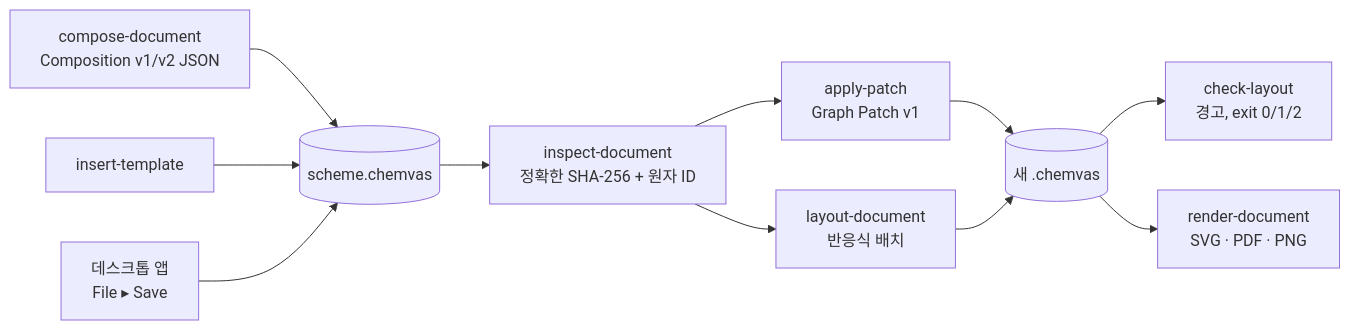
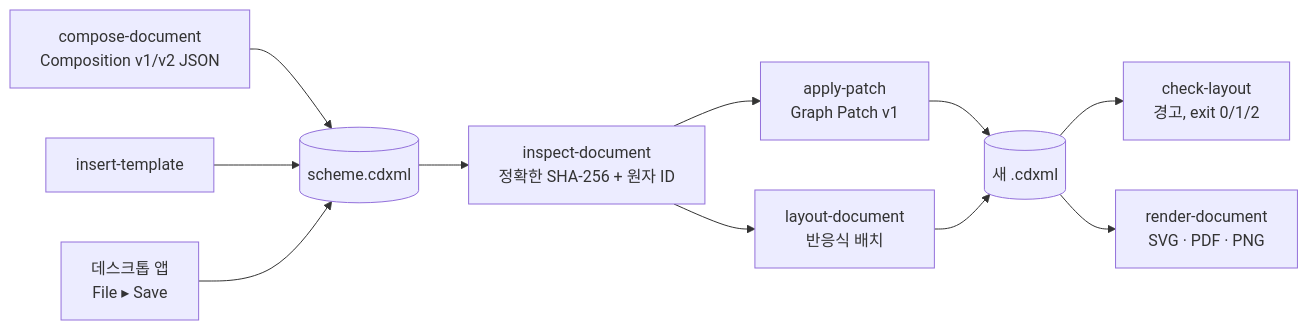
Before and after one commit to dhsohn/Chemvas: the diagram in docs/AGENT_CLI.ko.md, drawn with Mermaid. The commit also changed other lines of this file and 272 other files, not shown here.

````diff
--- a/docs/AGENT_CLI.ko.md
+++ b/docs/AGENT_CLI.ko.md
@@ -9,13 +9,13 @@
 ```mermaid
 flowchart LR
-    compose["compose-document<br/>Composition v1/v2 JSON"] --> doc[("scheme.chemvas")]
+    compose["compose-document<br/>Composition v1/v2 JSON"] --> doc[("scheme.cdxml")]
     template["insert-template"] --> doc
     desktop["데스크톱 앱<br/>File ▸ Save"] --> doc
     doc --> inspect["inspect-document<br/>정확한 SHA-256 + 원자 ID"]
     inspect --> patch["apply-patch<br/>Graph Patch v1"]
     inspect --> layout["layout-document<br/>반응식 배치"]
-    patch --> revised[("새 .chemvas")]
+    patch --> revised[("새 .cdxml")]
     layout --> revised
     revised --> check["check-layout<br/>경고, exit 0/1/2"]
     revised --> render["render-document<br/>SVG · PDF · PNG"]
 ```
````
